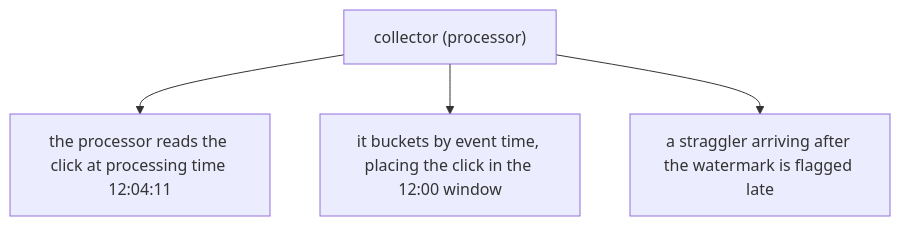
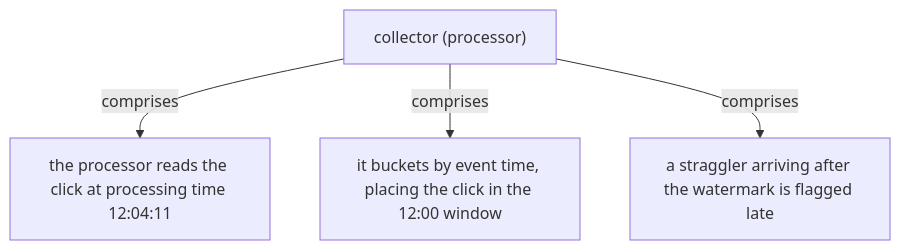
The sixth of 19 diagrams in docs/ch01-streaming-101.md (vinayakuber/streaming-systems-study-guide), drawn with Mermaid before and after one commit. The commit also changed other lines of this file and 22 other files, not shown here.

First line of the commit message:
R18: label every diagram arrow with its meaning

````diff
--- a/docs/ch01-streaming-101.md
+++ b/docs/ch01-streaming-101.md
@@ -160,7 +160,7 @@
 ```mermaid
 flowchart TD
   R["collector (processor)"]
-  R --> P0["the processor reads the click at processing time 12:04:11"]
-  R --> P1["it buckets by event time, placing the click in the 12:00 window"]
-  R --> P2["a straggler arriving after the watermark is flagged late"]
+  R -->|"comprises"| P0["the processor reads the click at processing time 12:04:11"]
+  R -->|"comprises"| P1["it buckets by event time, placing the click in the 12:00 window"]
+  R -->|"comprises"| P2["a straggler arriving after the watermark is flagged late"]
 ```
````
